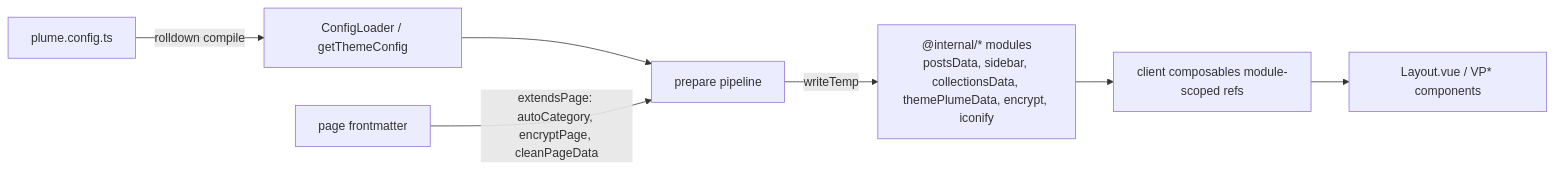
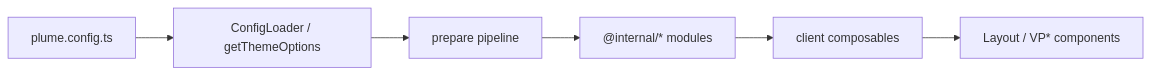
One commit to pengzhanbo/vuepress-theme-plume changed the diagram in AGENTS.md. Above: the diagram before and after it, drawn with Mermaid. The commit also changed other lines of this file, not shown here.

````diff
--- a/AGENTS.md
+++ b/AGENTS.md
@@ -35,9 +27,8 @@
 ```mermaid
 flowchart LR
-  A[plume.config.ts] -->|rolldown compile| B[ConfigLoader / getThemeConfig]
+  A[plume.config.ts] --> B[ConfigLoader / getThemeOptions]
   B --> C[prepare pipeline]
-  C -->|writeTemp| D["@internal/* modules<br/>postsData, sidebar, collectionsData, themePlumeData, encrypt, iconify"]
-  D --> E[client composables module-scoped refs]
-  F[page frontmatter] -->|extendsPage: autoCategory, encryptPage, cleanPageData| C
-  E --> G[Layout.vue / VP* components]
+  C --> D["@internal/* modules"]
+  D --> E[client composables]
+  E --> F[Layout / VP* components]
 ```
````
